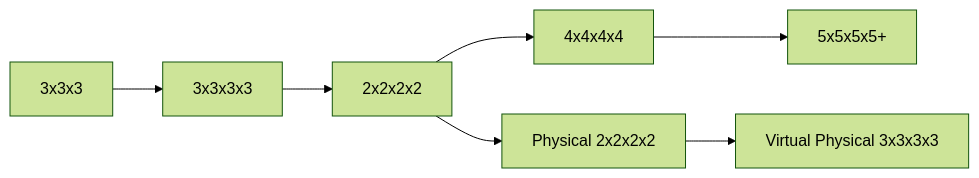
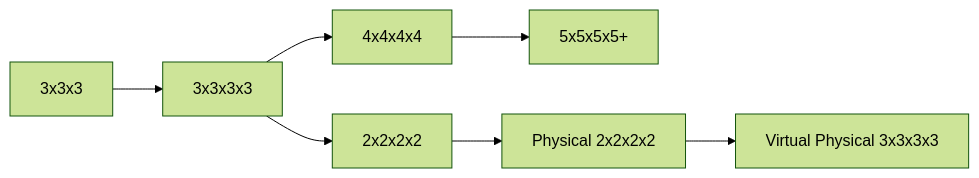
The first of 4 diagrams in docs/progression.md (Hypercubers/hypercubing.xyz), drawn with Mermaid (forest theme) before and after one commit. The commit also changed other lines of this file, not shown here.

Commit message:
docs: edit wording and adjust flowcharts

````diff
--- a/docs/progression.md
+++ b/docs/progression.md
@@ -11,16 +11,16 @@
 ```mermaid
 flowchart LR
     A[3x3x3]
     B[3x3x3x3]
     C[2x2x2x2]
     D[4x4x4x4]
     E[5x5x5x5+]
     F[Physical 2x2x2x2]
     G[Virtual Physical 3x3x3x3]
     A --> B
     B --> C
-    C --> D
+    B --> D
     C --> F
     D --> E
     F --> G
 ```
````
